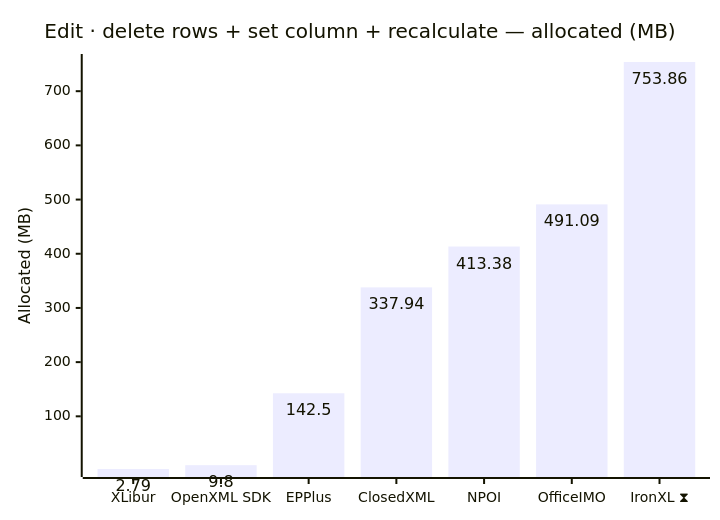
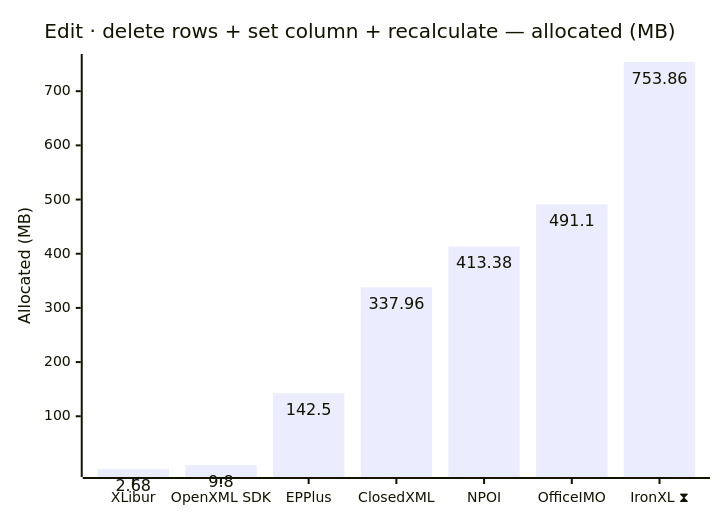
One commit to jafin/XLBench changed the tenth of 12 diagrams in docs/results-ci.md. Above: the diagram before and after it, drawn with Mermaid. The commit also changed other lines of this file, not shown here.

````diff
--- a/docs/results-ci.md
+++ b/docs/results-ci.md
@@ -160,12 +160,12 @@
 ```mermaid
 ---
 config:
   xyChart:
     showDataLabel: true
 ---
 xychart-beta
     title "Edit · delete rows + set column + recalculate — allocated (MB)"
     x-axis ["XLibur", "OpenXML SDK", "EPPlus", "ClosedXML", "NPOI", "OfficeIMO", "IronXL ⧗"]
     y-axis "Allocated (MB)"
-    bar [2.79, 9.8, 142.5, 337.94, 413.38, 491.09, 753.86]
+    bar [2.68, 9.8, 142.5, 337.96, 413.38, 491.1, 753.86]
 ```
````
